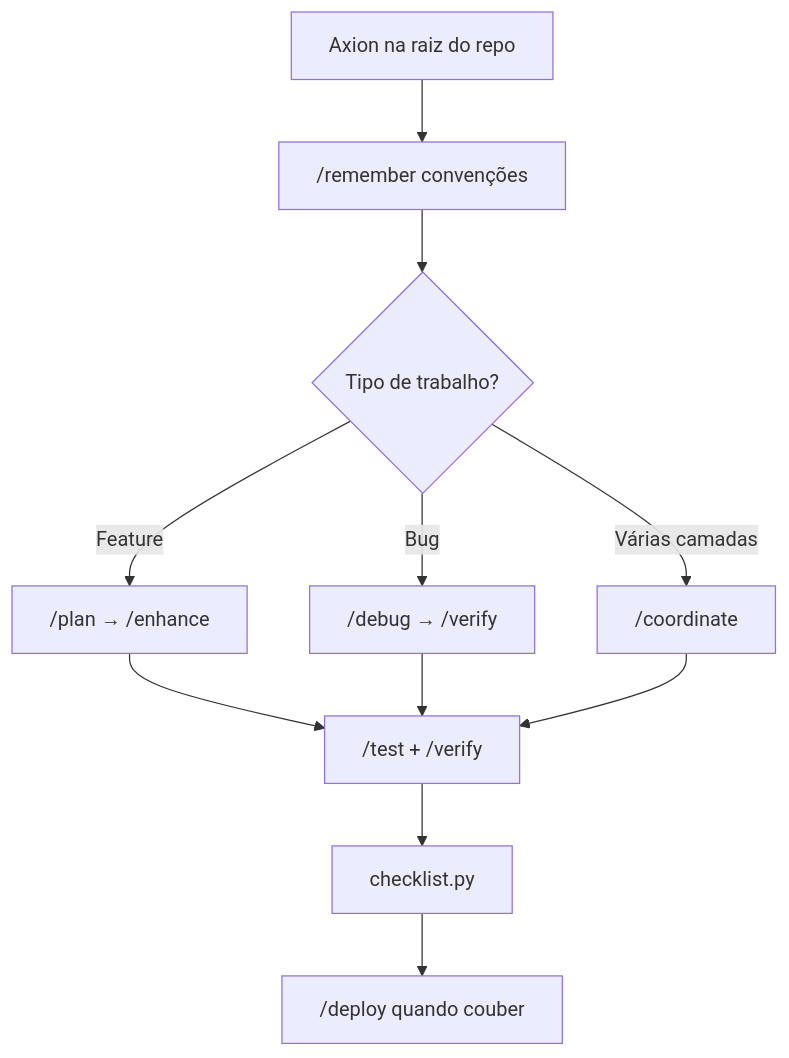
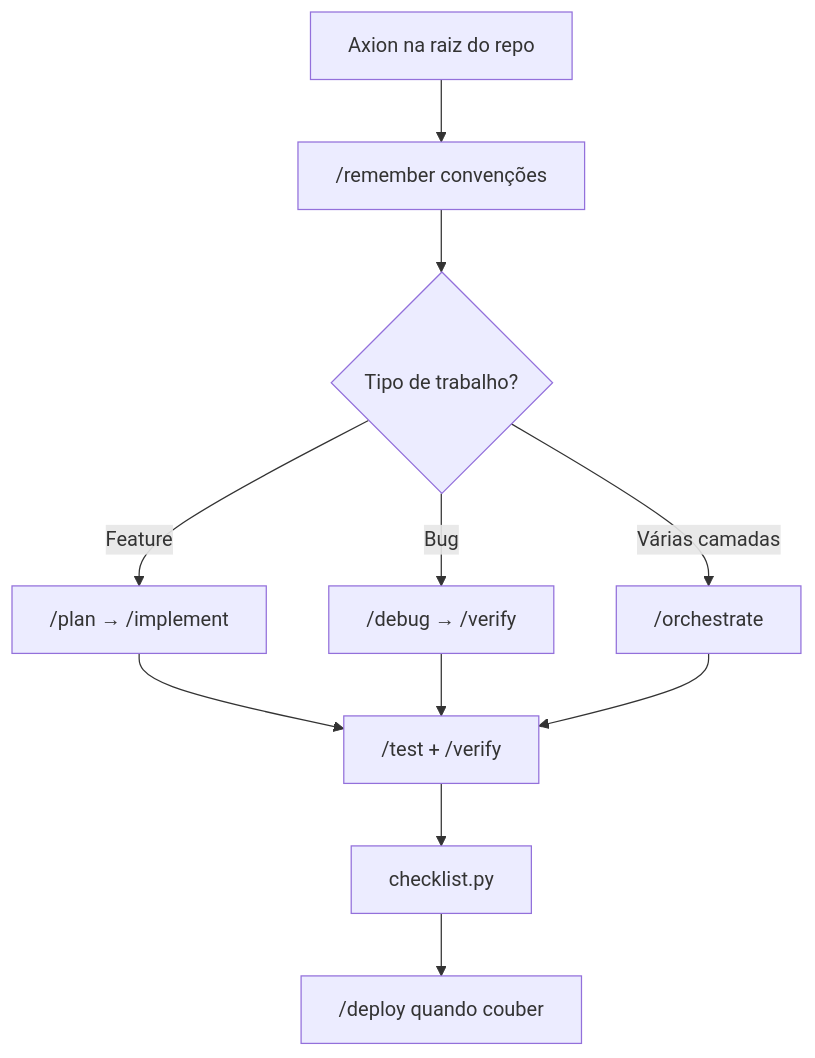
One commit to zanetta/axion changed the second of 2 diagrams in README.md. Above: the diagram before and after it, drawn with Mermaid. The commit also changed other lines of this file and 34 other files, not shown here.

````diff
--- a/README.md
+++ b/README.md
@@ -277,13 +284,13 @@
 ```mermaid
 flowchart TD
   A[Axion na raiz do repo] --> B["/remember convenções"]
   B --> C{Tipo de trabalho?}
-  C -->|Feature| D["/plan → /enhance"]
+  C -->|Feature| D["/plan → /implement"]
   C -->|Bug| E["/debug → /verify"]
-  C -->|Várias camadas| F["/coordinate"]
+  C -->|Várias camadas| F["/orchestrate"]
   D --> G["/test + /verify"]
   E --> G
   F --> G
   G --> H["checklist.py"]
   H --> I["/deploy quando couber"]
 ```
````
